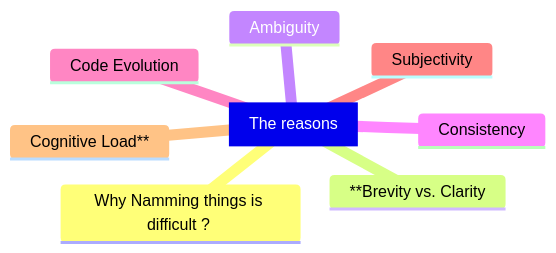
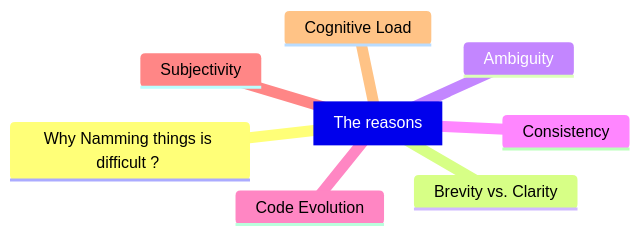
One commit to raphaelmansuy/digital_palace changed the first of 3 diagrams in 01-articles/crack_ai_code/README.md. Above: the diagram before and after it, drawn with Mermaid.

Commit message:
Fix typo and formatting in README.md

````diff
--- a/01-articles/crack_ai_code/README.md
+++ b/01-articles/crack_ai_code/README.md
@@ -26,12 +26,12 @@
 ```mermaid
 mindmap
   root[The reasons]
     Why Namming things is difficult ? 
-    **Brevity vs. Clarity
+    Brevity vs. Clarity
     Ambiguity
     Consistency
     Code Evolution
     Subjectivity
-    Cognitive Load**
+    Cognitive Load
 
 ```
````
